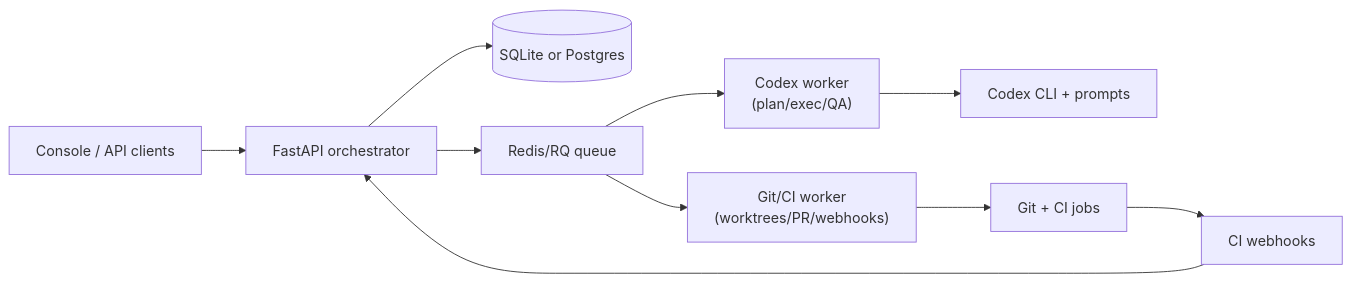
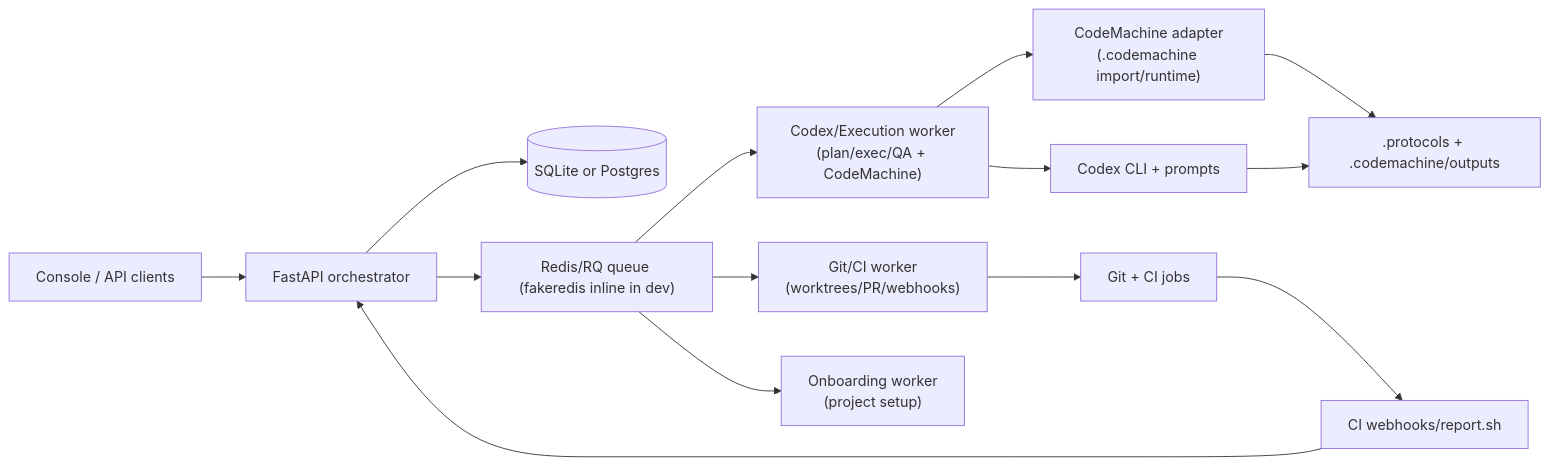
Before and after one commit to ilyafedotov-ops/dev-pipeline: the diagram in docs/architecture.md, drawn with Mermaid. The commit also changed other lines of this file and 3 other files, not shown here.

Commit message:
docs: refresh architecture and codemachine notes

````diff
--- a/docs/architecture.md
+++ b/docs/architecture.md
@@ -26,12 +26,16 @@
 ```mermaid
 graph LR
   User["Console / API clients"] --> API["FastAPI orchestrator"]
   API --> DB[(SQLite or Postgres)]
-  API --> Queue["Redis/RQ queue"]
-  Queue --> CodexW["Codex worker\n(plan/exec/QA)"]
+  API --> Queue["Redis/RQ queue (fakeredis inline in dev)"]
+  Queue --> CodexW["Codex/Execution worker\n(plan/exec/QA + CodeMachine)"]
   Queue --> GitW["Git/CI worker\n(worktrees/PR/webhooks)"]
+  Queue --> OnboardW["Onboarding worker\n(project setup)"]
   CodexW --> Codex["Codex CLI + prompts"]
+  CodexW --> CM["CodeMachine adapter\n(.codemachine import/runtime)"]
+  CM --> Protocols[".protocols + .codemachine/outputs"]
+  Codex --> Protocols
   GitW --> Git["Git + CI jobs"]
-  Git --> Webhooks["CI webhooks"]
+  Git --> Webhooks["CI webhooks/report.sh"]
   Webhooks --> API
 ```
````
